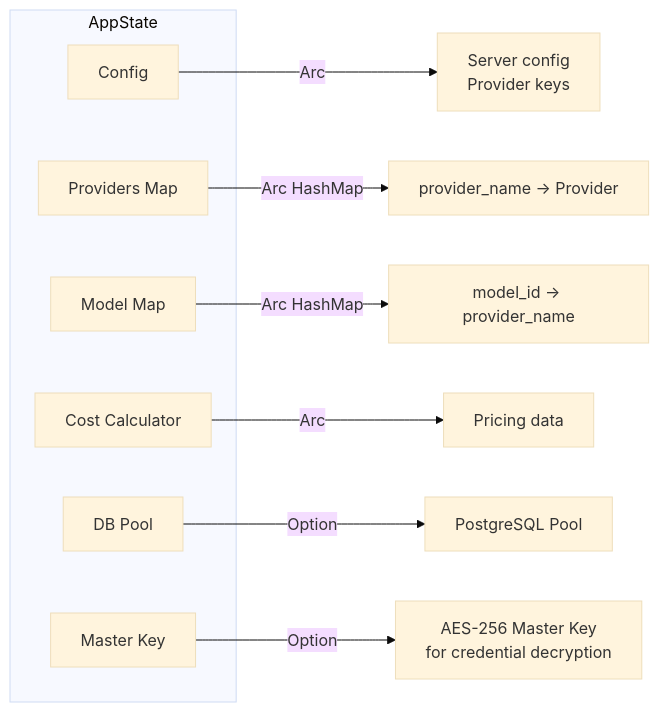
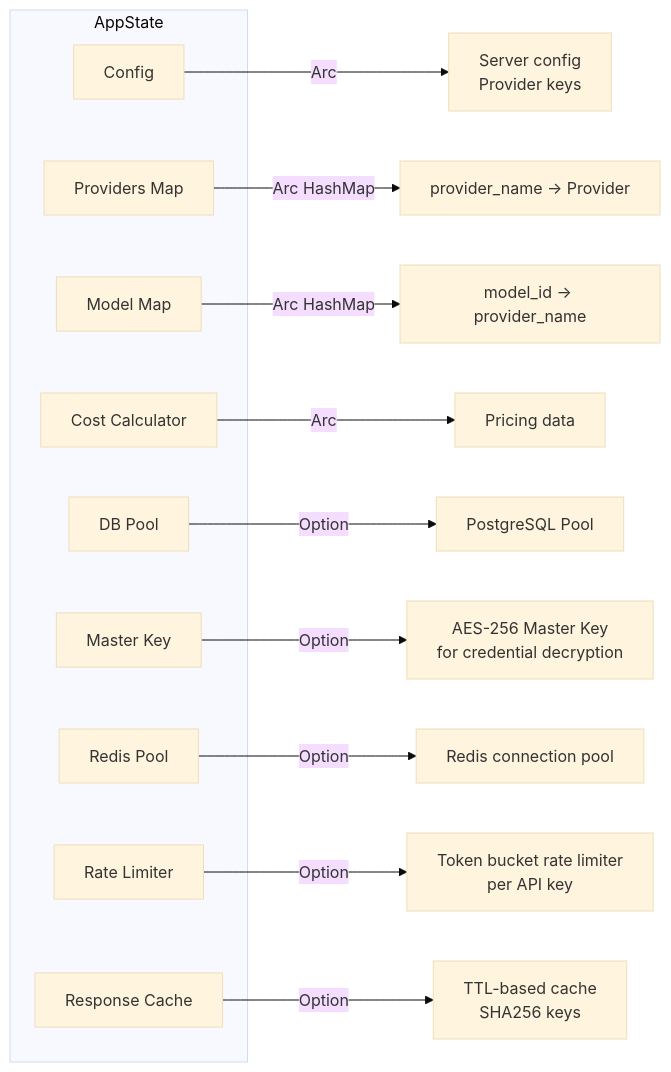
The tenth of 13 diagrams in docs/architecture.md (he2307631397/aura-llm-gateway), drawn with Mermaid (base theme) before and after one commit. The commit also changed other lines of this file and 29 other files, not shown here.

````diff
--- a/docs/architecture.md
+++ b/docs/architecture.md
@@ -414,18 +422,24 @@
 ```mermaid
 flowchart LR
     subgraph AppState
         A[Config]
         B[Providers Map]
         C[Model Map]
         D[Cost Calculator]
         E[DB Pool]
         F[Master Key]
+        G[Redis Pool]
+        H[Rate Limiter]
+        I[Response Cache]
     end
 
     A --> |Arc| A1[Server config<br/>Provider keys]
     B --> |Arc HashMap| B1[provider_name → Provider]
     C --> |Arc HashMap| C1[model_id → provider_name]
     D --> |Arc| D1[Pricing data]
     E --> |Option| E1[PostgreSQL Pool]
     F --> |Option| F1[AES-256 Master Key<br/>for credential decryption]
+    G --> |Option| G1[Redis connection pool]
+    H --> |Option| H1[Token bucket rate limiter<br/>per API key]
+    I --> |Option| I1[TTL-based cache<br/>SHA256 keys]
 ```
````
